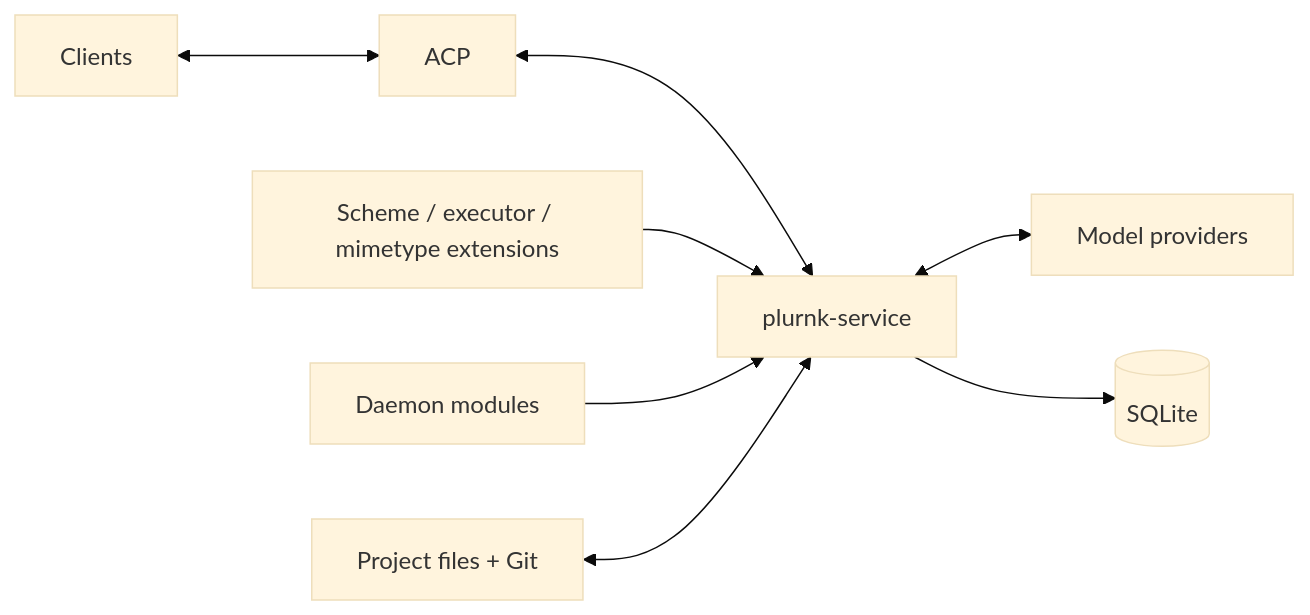
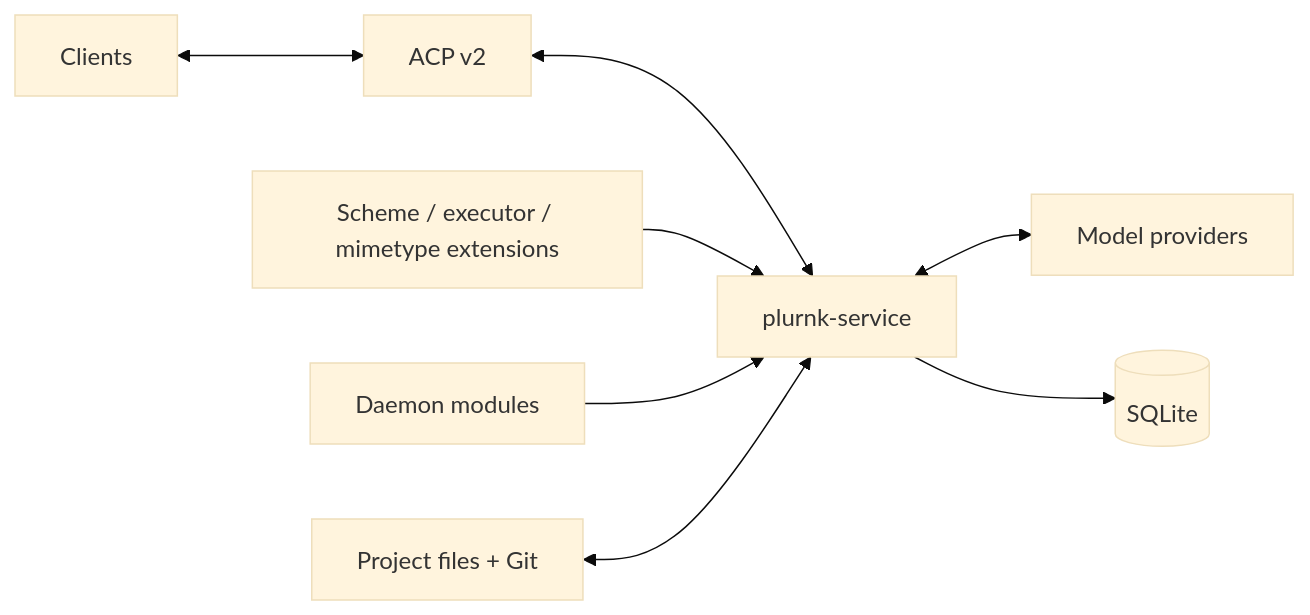
Before and after one commit to plurnk/plurnk-service: the diagram in README.md, drawn with Mermaid (base theme). The commit also changed other lines of this file and 17 other files, not shown here.

Commit message:
docs: align workspace specifications and teaching corpus with ARCHITECTURE.md (#1396)

````diff
--- a/README.md
+++ b/README.md
@@ -21,10 +21,10 @@
 ```mermaid
 flowchart LR
-    clients["Clients"] <--> acp["ACP"]
+    clients["Clients"] <--> acp["ACP v2"]
     acp <--> core["plurnk-service"]
     core <--> providers["Model providers"]
     extensions["Scheme / executor / mimetype extensions"] --> core
     modules["Daemon modules"] --> core
     project["Project files + Git"] <--> core
     core --> sqlite[(SQLite)]
 ```
````
